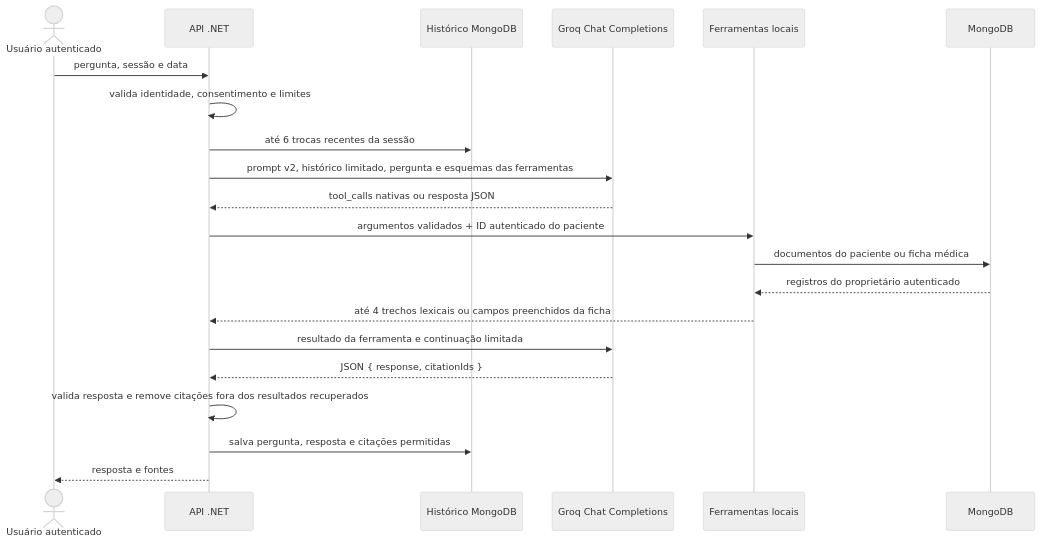
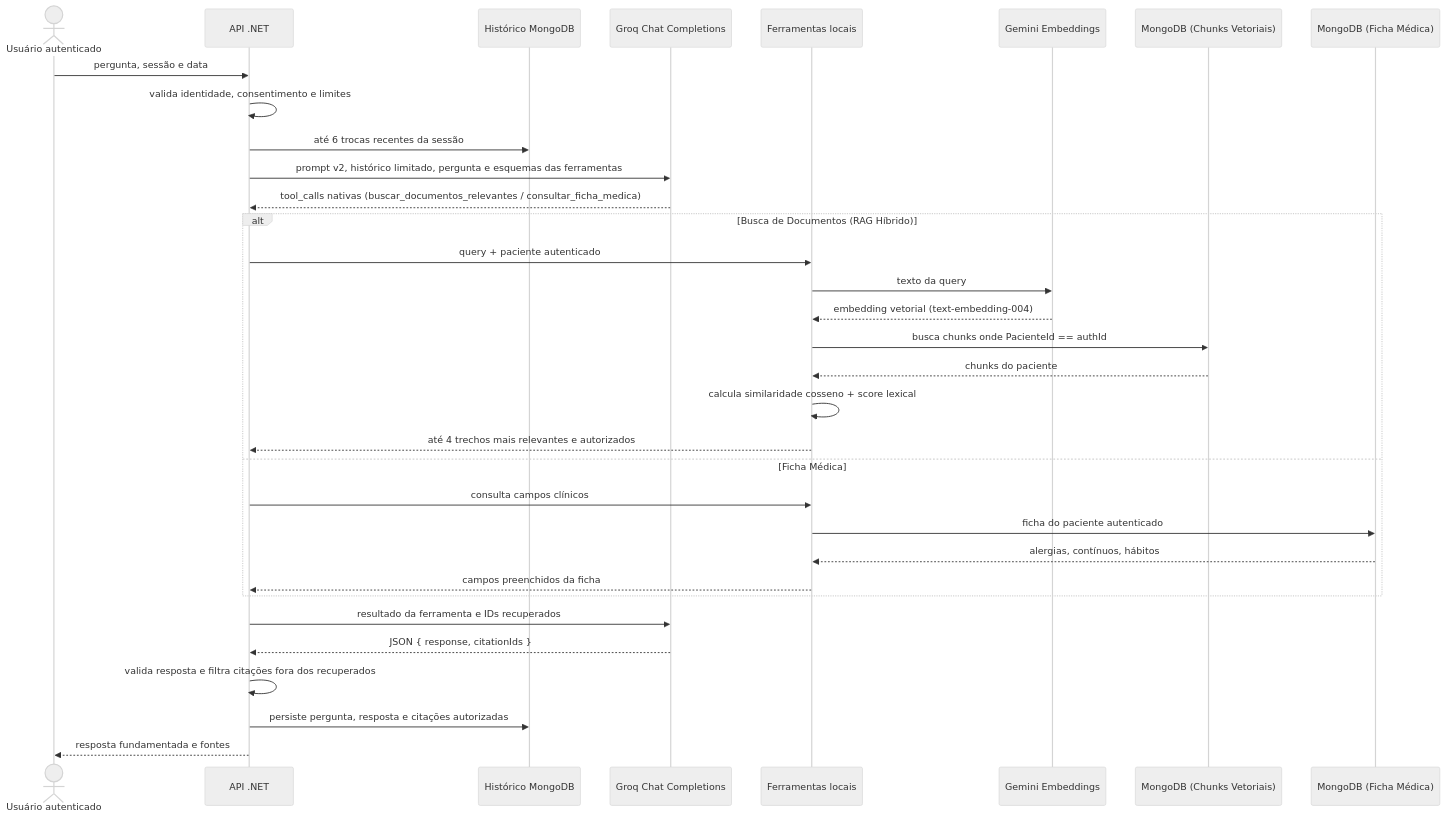
One commit to MatheusRafaDev/saude-memora changed the diagram in docs/ai-architecture.md. Above: the diagram before and after it, drawn with Mermaid (neutral theme). The commit also changed other lines of this file and 20 other files, not shown here.

First line of the commit message:
feat(ai): implementar RAG hibrido com embeddings Gemini e banco vetorial MongoDB

````diff
--- a/docs/ai-architecture.md
+++ b/docs/ai-architecture.md
@@ -13,24 +27,36 @@
 ```mermaid
 sequenceDiagram
     actor U as Usuário autenticado
     participant A as API .NET
     participant H as Histórico MongoDB
     participant G as Groq Chat Completions
     participant T as Ferramentas locais
-    participant M as MongoDB
+    participant E as Gemini Embeddings
+    participant V as MongoDB (Chunks Vetoriais)
+    participant M as MongoDB (Ficha Médica)
 
     U->>A: pergunta, sessão e data
     A->>A: valida identidade, consentimento e limites
     A->>H: até 6 trocas recentes da sessão
     A->>G: prompt v2, histórico limitado, pergunta e esquemas das ferramentas
-    G-->>A: tool_calls nativas ou resposta JSON
-    A->>T: argumentos validados + ID autenticado do paciente
-    T->>M: documentos do paciente ou ficha médica
-    M-->>T: registros do proprietário autenticado
-    T-->>A: até 4 trechos lexicais ou campos preenchidos da ficha
-    A->>G: resultado da ferramenta e continuação limitada
+    G-->>A: tool_calls nativas (buscar_documentos_relevantes / consultar_ficha_medica)
+    alt Busca de Documentos (RAG Híbrido)
+        A->>T: query + paciente autenticado
+        T->>E: texto da query
+        E-->>T: embedding vetorial (text-embedding-004)
+        T->>V: busca chunks onde PacienteId == authId
+        V-->>T: chunks do paciente
+        T->>T: calcula similaridade cosseno + score lexical
+        T-->>A: até 4 trechos mais relevantes e autorizados
+    else Ficha Médica
+        A->>T: consulta campos clínicos
+        T->>M: ficha do paciente autenticado
+        M-->>T: alergias, contínuos, hábitos
+        T-->>A: campos preenchidos da ficha
+    end
+    A->>G: resultado da ferramenta e IDs recuperados
     G-->>A: JSON { response, citationIds }
-    A->>A: valida resposta e remove citações fora dos resultados recuperados
-    A->>H: salva pergunta, resposta e citações permitidas
-    A-->>U: resposta e fontes
+    A->>A: valida resposta e filtra citações fora dos recuperados
+    A->>H: persiste pergunta, resposta e citações autorizadas
+    A-->>U: resposta fundamentada e fontes
 ```
````
